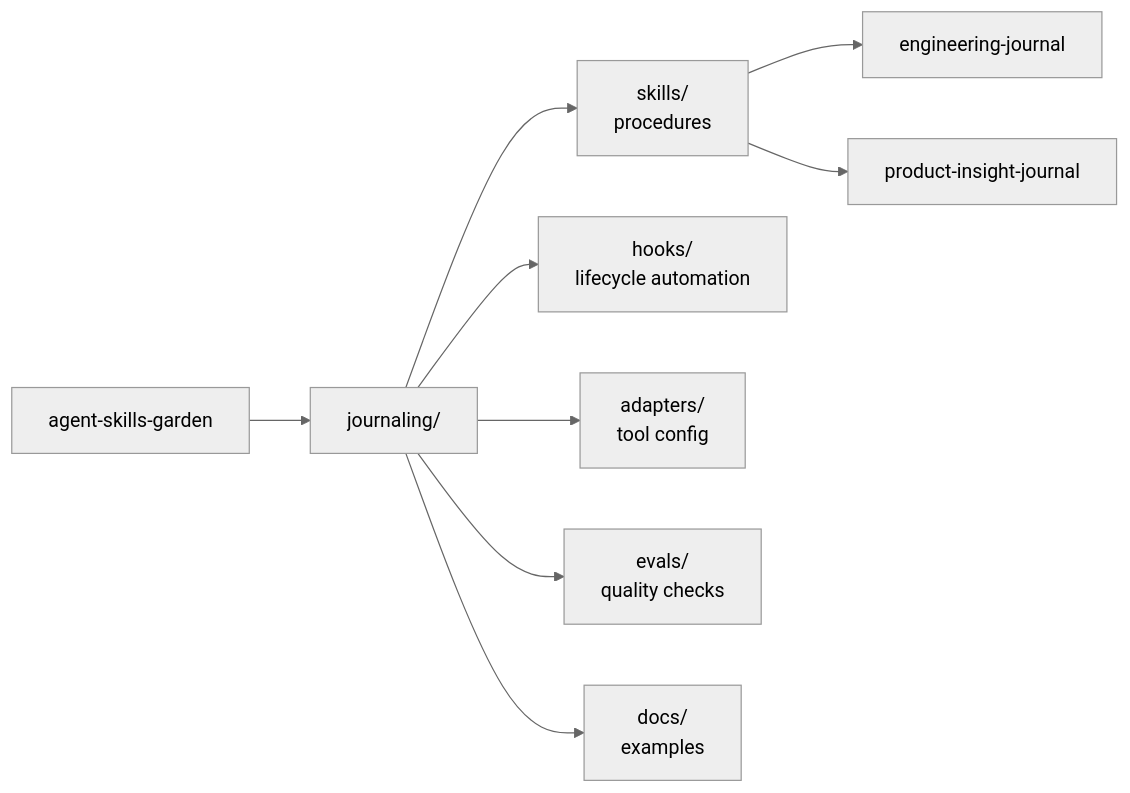
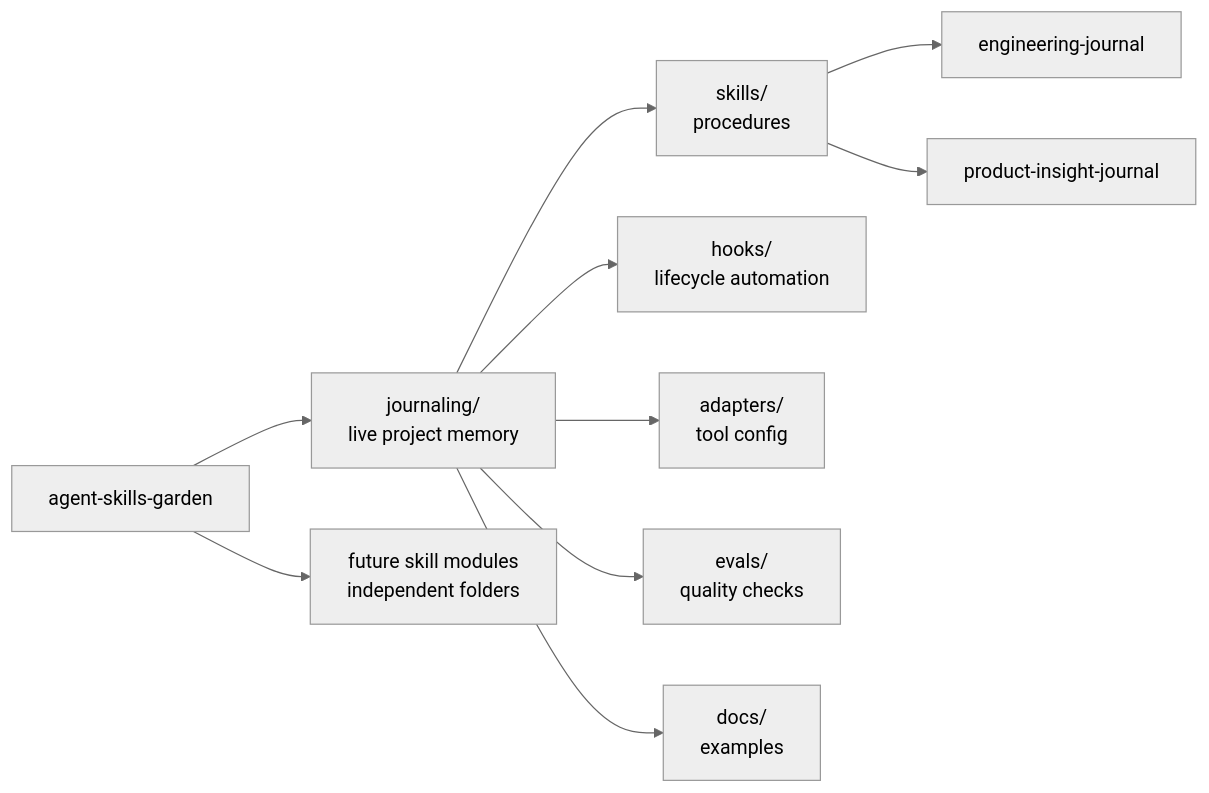
One commit to aidandevv/agent-skills-garden changed the diagram in README.md. Above: the diagram before and after it, drawn with Mermaid (neutral theme). The commit also changed other lines of this file and 2 other files, not shown here.

````diff
--- a/README.md
+++ b/README.md
@@ -36,13 +45,14 @@
 ```mermaid
 flowchart LR
-  Garden["agent-skills-garden"] --> Journaling["journaling/"]
+  Garden["agent-skills-garden"] --> Journaling["journaling/<br/>live project memory"]
+  Garden --> Future["future skill modules<br/>independent folders"]
 
   Journaling --> Skills["skills/<br/>procedures"]
   Journaling --> Hooks["hooks/<br/>lifecycle automation"]
   Journaling --> Adapters["adapters/<br/>tool config"]
   Journaling --> Evals["evals/<br/>quality checks"]
   Journaling --> Docs["docs/<br/>examples"]
 
   Skills --> EngSkill["engineering-journal"]
   Skills --> ProductSkill["product-insight-journal"]
 ```
````
